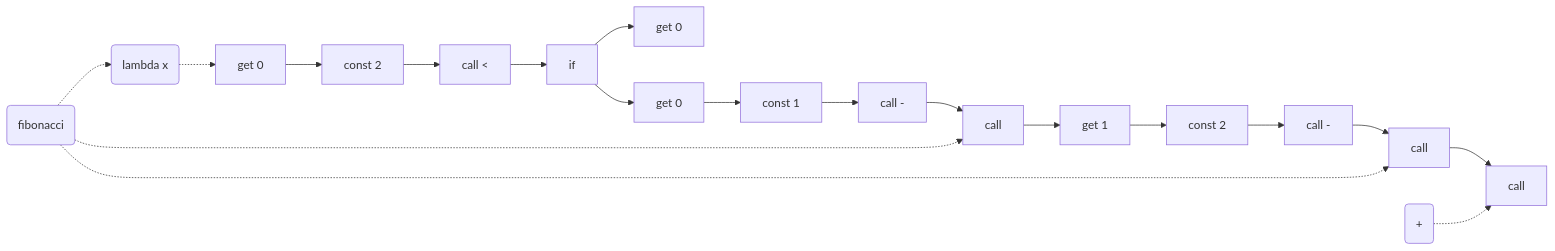
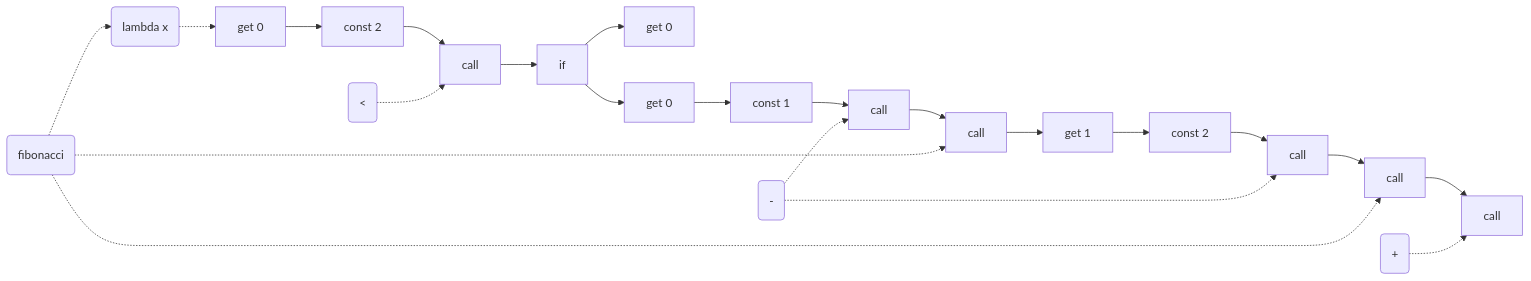
The diagram in slides/papers/stak-scheme/fibonacci.mmd (raviqqe/doc), drawn with Mermaid before and after one commit.

```diff
--- a/slides/papers/stak-scheme/fibonacci.mmd
+++ b/slides/papers/stak-scheme/fibonacci.mmd
@@ -1,10 +1,13 @@
 flowchart LR
   d0(fibonacci) -.-> d1
-  d0(fibonacci) -.-> c9
-  d0(fibonacci) -.-> c13
+  d0 -.-> c9
+  d0 -.-> c13
   d1(lambda x) -.-> c0
-  d2(+) -.-> c14
-  c0[get 0] --> c1[const 2] --> c2[call <] --> c4
+  d2(<) -.-> c2
+  d3("-") -.-> c8
+  d3 -.-> c12
+  d4(+) -.-> c14
+  c0[get 0] --> c1[const 2] --> c2[call] --> c4
   c4[if] -->  c5[get 0]
-  c4 -->  c6[get 0] --> c7[const 1] --> c8[call -] --> c9[call] --> c10
-  c10[get 1] --> c11[const 2] --> c12[call -] --> c13[call] --> c14[call]
+  c4 -->  c6[get 0] --> c7[const 1] --> c8[call] --> c9[call] --> c10
+  c10[get 1] --> c11[const 2] --> c12[call] --> c13[call] --> c14[call]
```
